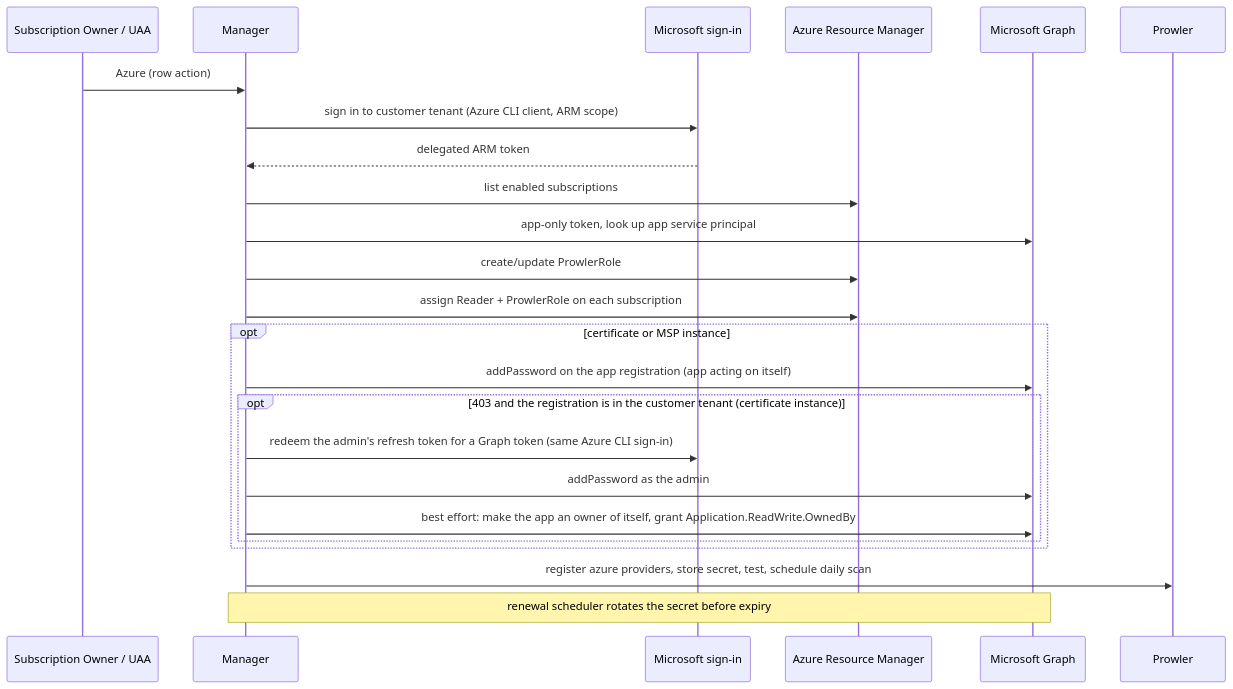
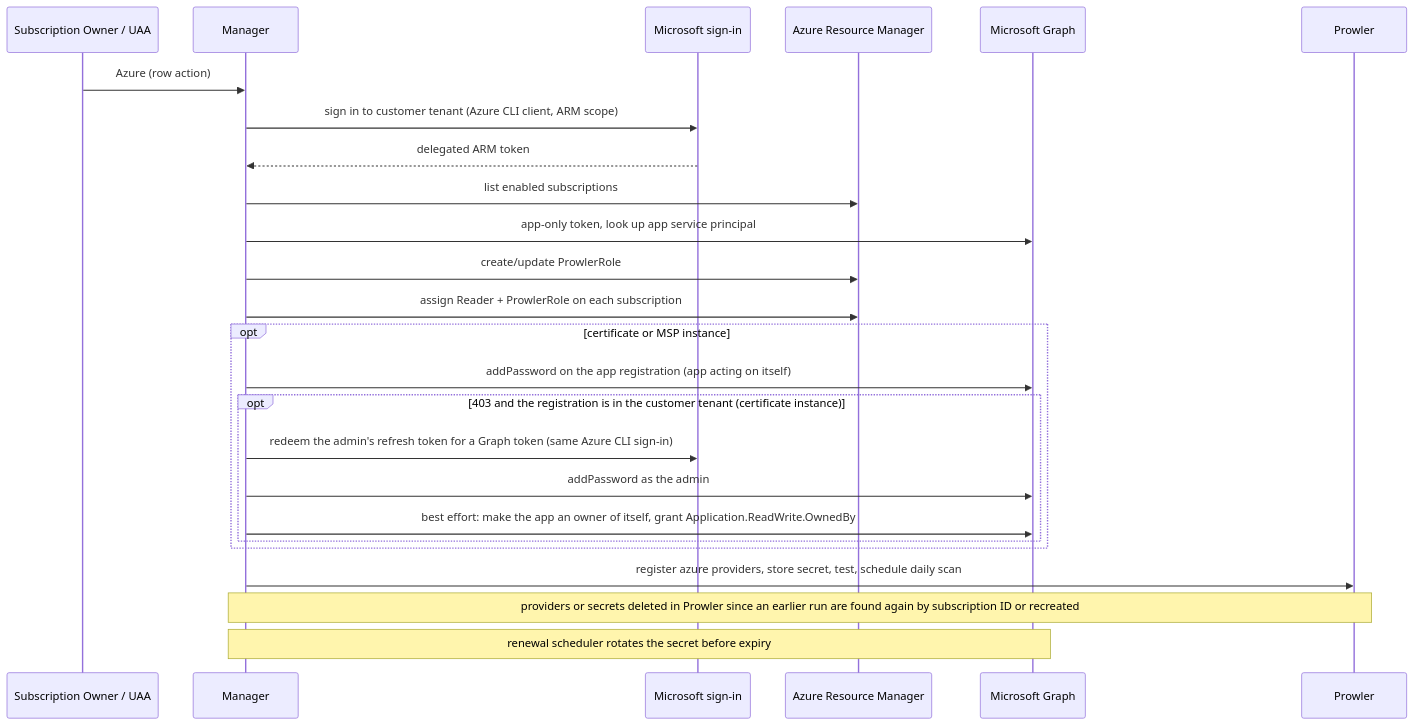
The sixth of 7 diagrams in docs/application-flow.md (lotrasoft/prowler-manage), drawn with Mermaid before and after one commit. The commit also changed 1 other file, not shown here.

Commit message:
Recreate a deleted dedicated app registration from the Azure dialog; tolerate Azure providers/secrets deleted in Prowler
- Azure dialog checks whether a certificate instance's app registration still exists
  (AADSTS700016) and, after the user confirms, recreates it through the direct onboarding
  flow and switches the instance and its Prowler M365 provider to the new app.
- connectAzure no longer trusts saved provider/secret IDs: it re-reads the provider, finds it
  again by subscription ID or recreates it, and creates a secret if Prowler has none.
- Docs updated (application flow, architecture, security).

````diff
--- a/docs/application-flow.md
+++ b/docs/application-flow.md
@@ -121,27 +121,28 @@
 ```mermaid
 sequenceDiagram
     participant Admin as Subscription Owner / UAA
     participant Manager as Manager
     participant MS as Microsoft sign-in
     participant ARM as Azure Resource Manager
     participant Graph as Microsoft Graph
     participant P as Prowler
 
     Admin->>Manager: Azure (row action)
     Manager->>MS: sign in to customer tenant (Azure CLI client, ARM scope)
     MS-->>Manager: delegated ARM token
     Manager->>ARM: list enabled subscriptions
     Manager->>Graph: app-only token, look up app service principal
     Manager->>ARM: create/update ProwlerRole
     Manager->>ARM: assign Reader + ProwlerRole on each subscription
     opt certificate or MSP instance
         Manager->>Graph: addPassword on the app registration (app acting on itself)
         opt 403 and the registration is in the customer tenant (certificate instance)
             Manager->>MS: redeem the admin's refresh token for a Graph token (same Azure CLI sign-in)
             Manager->>Graph: addPassword as the admin
             Manager->>Graph: best effort: make the app an owner of itself, grant Application.ReadWrite.OwnedBy
         end
     end
     Manager->>P: register azure providers, store secret, test, schedule daily scan
+    Note over Manager,P: providers or secrets deleted in Prowler since an earlier run are found again by subscription ID or recreated
     Note over Manager,Graph: renewal scheduler rotates the secret before expiry
 ```
````
